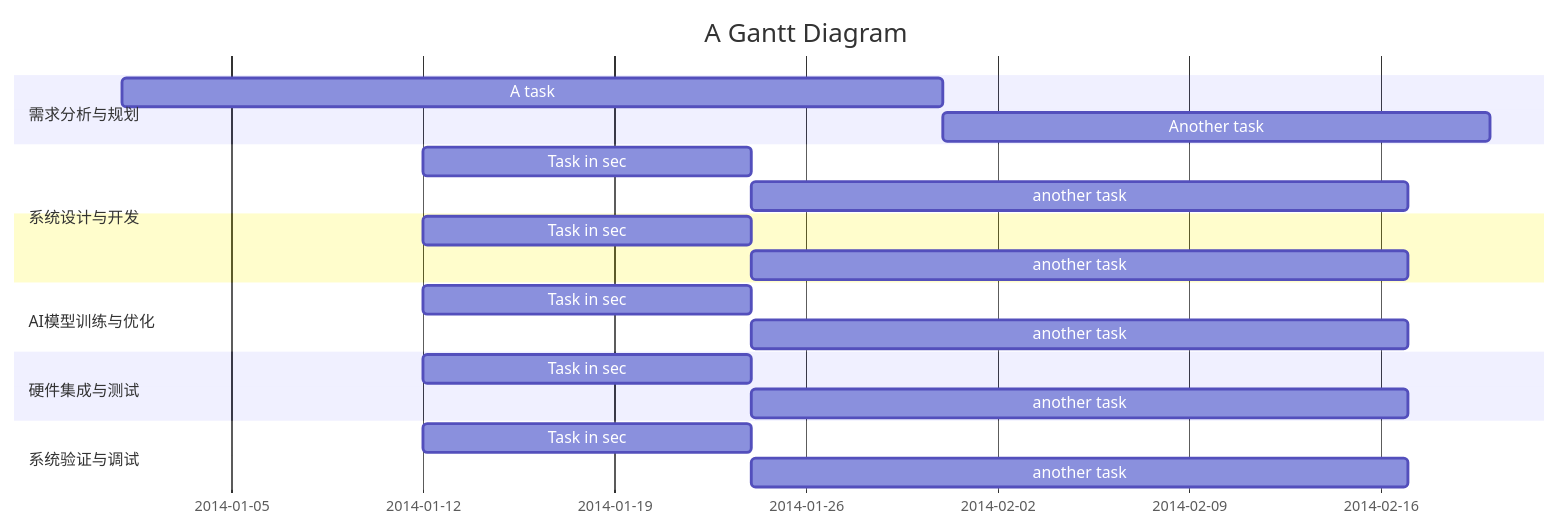
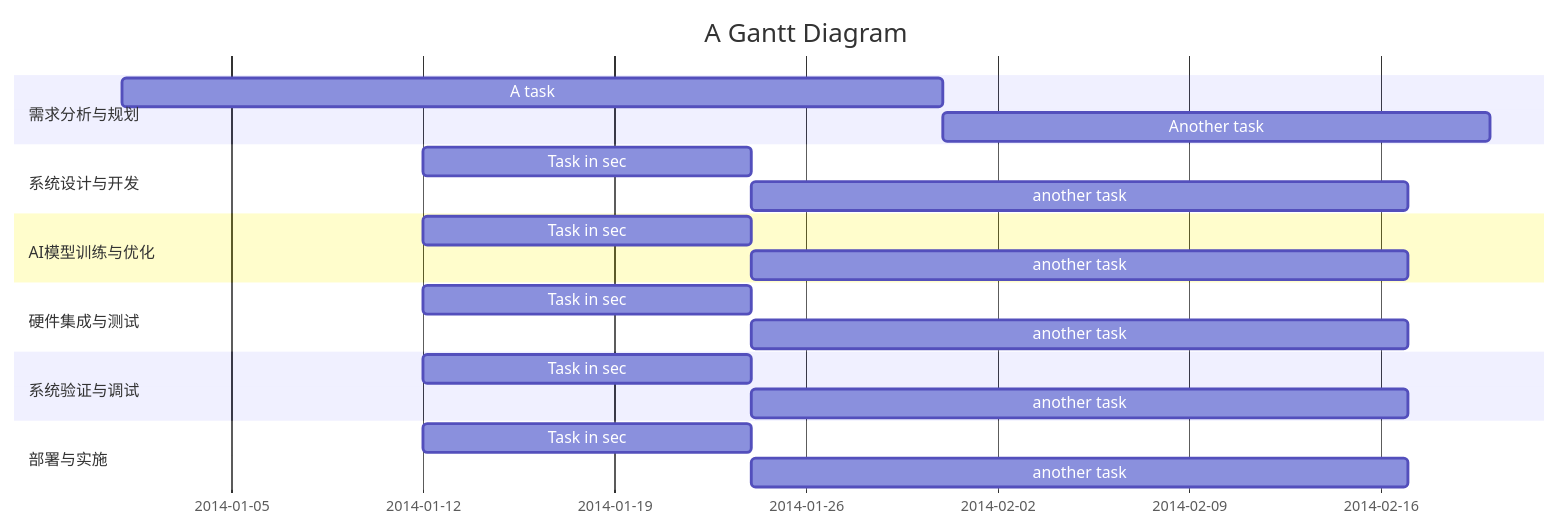
One commit to libobo6/iodraw-files changed the diagram in all/代码甘特图.md. Above: the diagram before and after it, drawn with Mermaid.

Commit message:
2025-01-14 10:53:53 update

````diff
--- a/all/代码甘特图.md
+++ b/all/代码甘特图.md
@@ -1,23 +1,23 @@
 ```mermaid
 gantt
     title A Gantt Diagram
     dateFormat  YYYY-MM-DD
     section 需求分析与规划
     A task           :a1, 2014-01-01, 30d
     Another task     :after a1  , 20d
     section 系统设计与开发
     Task in sec      :2014-01-12  , 12d
     another task      : 24d
     section AI模型训练与优化
     Task in sec      :2014-01-12  , 12d
     another task      : 24d
     section 硬件集成与测试
     Task in sec      :2014-01-12  , 12d
     another task      : 24d
     section 系统验证与调试
     Task in sec      :2014-01-12  , 12d
     another task      : 24d
-        section 系统设计与开发
+    section 部署与实施
     Task in sec      :2014-01-12  , 12d
     another task      : 24d
 ```
````
